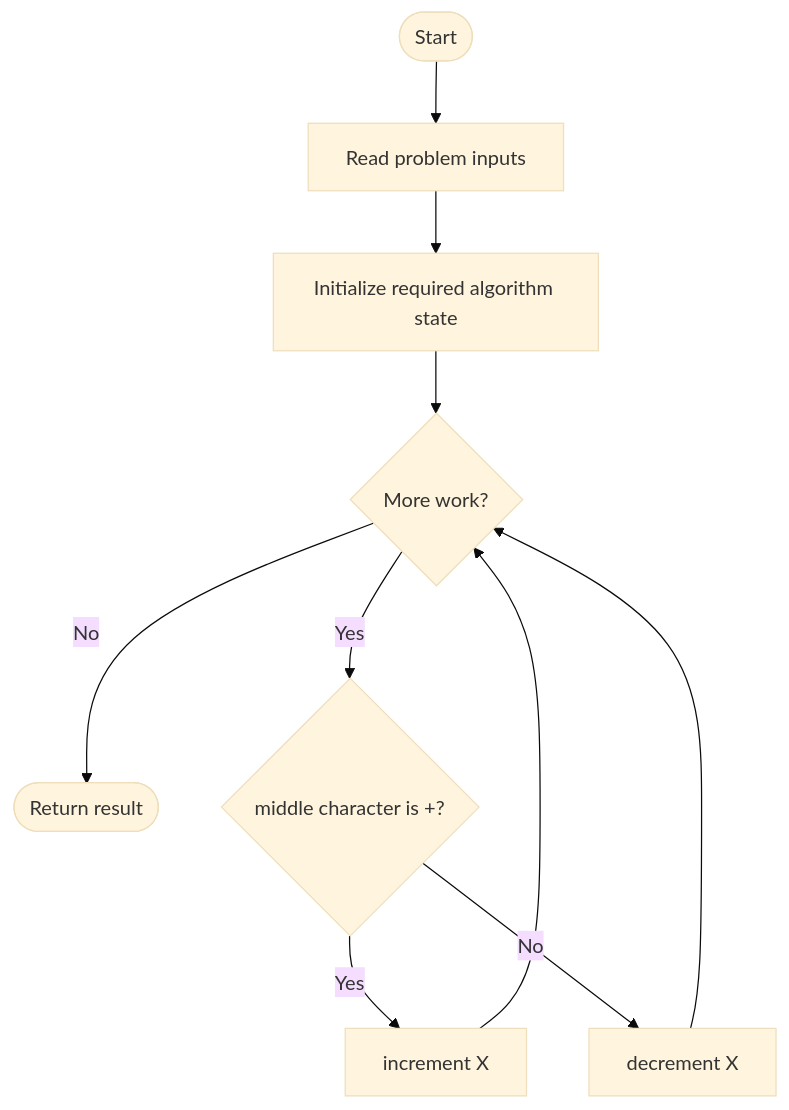
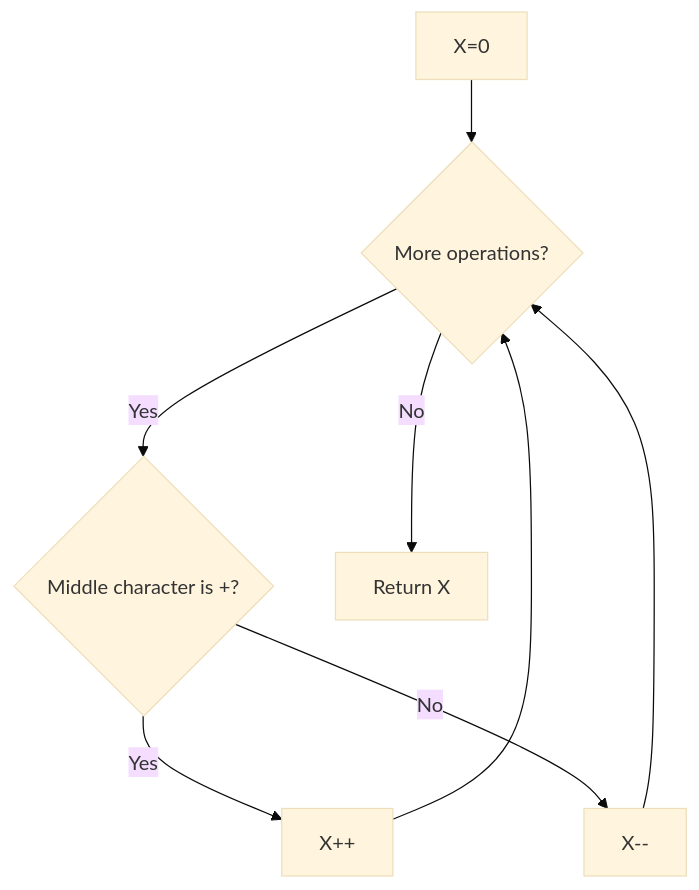
Before and after one commit to SAIDEEPBHANGE/C-CPP-Codes: the diagram in LeetCode/2011/README.md, drawn with Mermaid (base theme). The commit also changed other lines of this file and 196 other files, not shown here.

````diff
--- a/LeetCode/2011/README.md
+++ b/LeetCode/2011/README.md
@@ -13,12 +29,10 @@
 ```mermaid
 flowchart TD
-    A([Start]) --> B[Read problem inputs]
-    B --> C[Initialize required algorithm state]
-    C --> D{More work?}
-    D -- No --> Z([Return result])
-    D -- Yes --> E{middle character is +?}
-    E -- Yes --> F[increment X]
-    E -- No --> G[decrement X]
-    F --> D
-    G --> D
+    A[X=0] --> B{More operations?}
+    B -- Yes --> C{Middle character is +?}
+    C -- Yes --> D[X++]
+    C -- No --> E[X--]
+    D --> B
+    E --> B
+    B -- No --> F[Return X]
 ```
````
